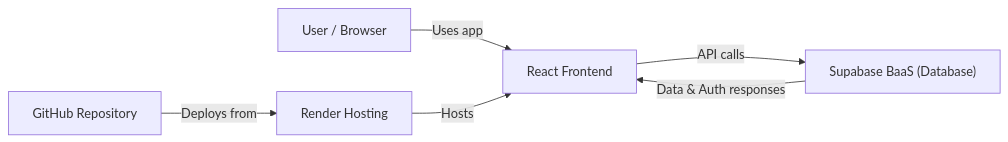
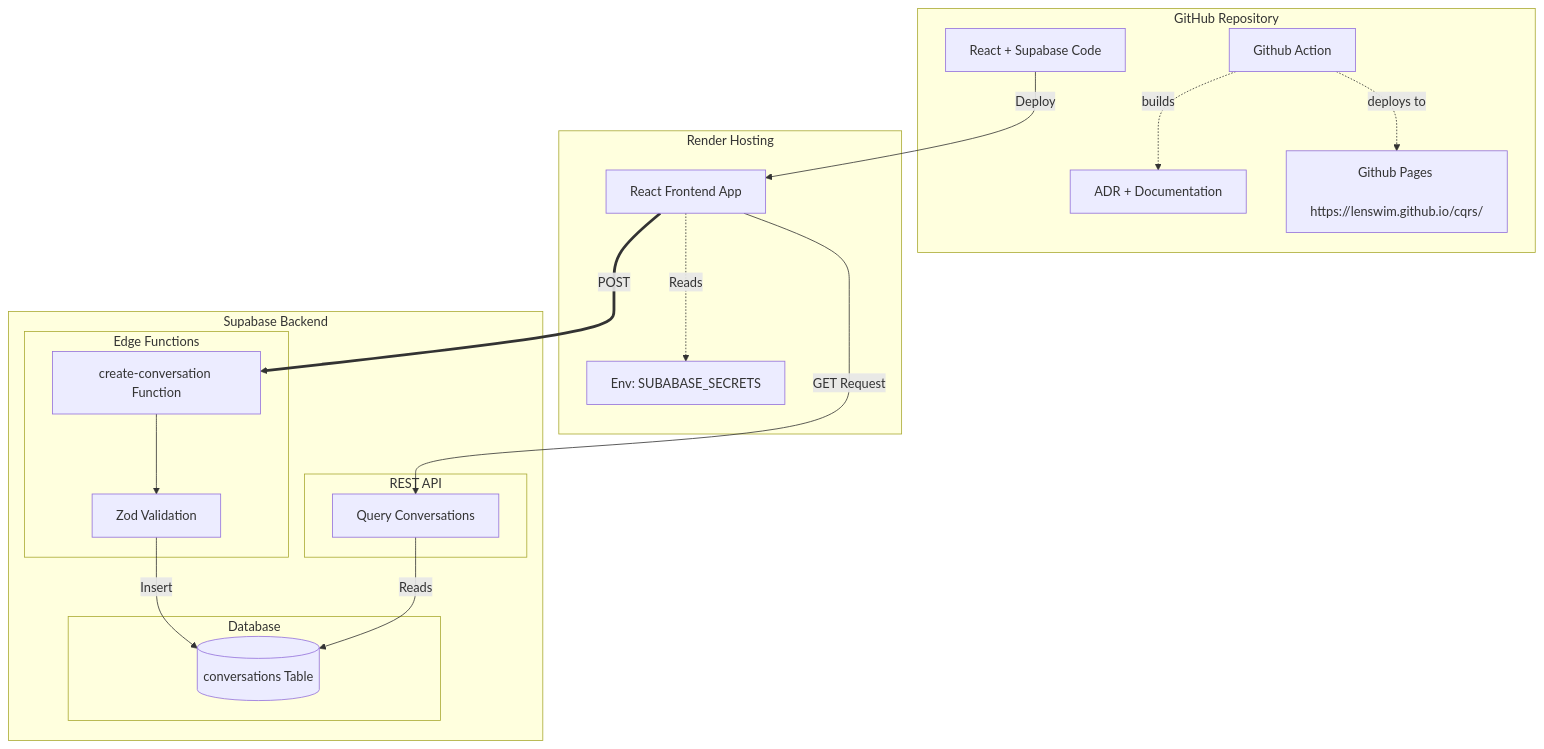
Before and after one commit to lenswim/cqrs: the diagram in docs/how/3-how-hosting.md, drawn with Mermaid. The commit also changed 1 other file, not shown here.

Commit message:
fix build by fixing unused import and update documentation

````diff
--- a/docs/how/3-how-hosting.md
+++ b/docs/how/3-how-hosting.md
@@ -14,15 +14,42 @@
     ```mermaid
-        flowchart LR
-            User[User / Browser]
+        graph TD
+    subgraph GitHub_Repo[GitHub Repository]
+        Code[React + Supabase Code]
+        Docs[ADR + Documentation]
+        Pages[Github Pages <br> https://lenswim.github.io/cqrs/]
+        Workflow[Github Action]
+    end
 
-            GitHub[GitHub Repository]
-            Render[Render Hosting]
-            ReactApp[React Frontend]
-            Supabase["Supabase BaaS (Database)"]
+    subgraph Render_Platform[Render Hosting]
+        ReactApp[React Frontend App]
+        EnvVars[Env: SUBABASE_SECRETS]
+    end
 
-            User -->|Uses app| ReactApp
-            GitHub -->|Deploys from| Render
-            Render -->|Hosts| ReactApp
-            ReactApp -->|API calls| Supabase
-            Supabase -->|Data & Auth responses| ReactApp
+    subgraph Supabase_Cloud[Supabase Backend]
+        subgraph Edge_Runtime[Edge Functions]
+            ValidationFunc[create-conversation Function]
+            ZodCheck[Zod Validation]
+        end
+
+        subgraph Database_Layer[Database]
+            ConvTable[(conversations Table)]
+        end
+
+        subgraph PostgREST[REST API]
+            DataQuery[Query Conversations]
+        end
+    end
+
+    Workflow -.->|builds| Docs
+    Workflow -.->|deploys to| Pages
+
+    Code -->|Deploy| ReactApp
+    ReactApp -.->|Reads| EnvVars
+    
+    ReactApp ==>|POST| ValidationFunc
+    ValidationFunc --> ZodCheck
+    ZodCheck -->|Insert| ConvTable
+
+    ReactApp -->|GET Request| DataQuery
+    DataQuery -->|Reads| ConvTable
 ```
````
